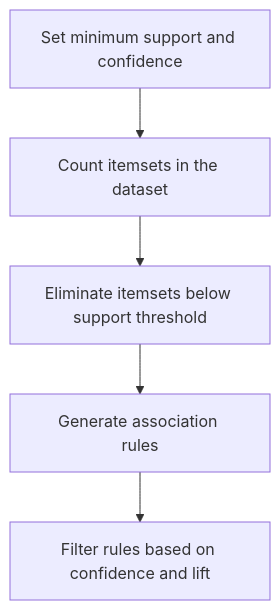
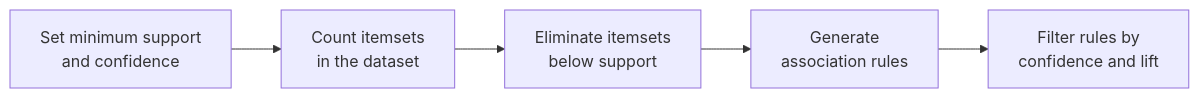
One commit to SureshAmal/learnmaker changed diagram 14 of 17 in ml-course/unit-2.md. Above: the diagram before and after it, drawn with Mermaid. The commit also changed other lines of this file and 668 other files, not shown here.

````diff
--- a/ml-course/unit-2.md
+++ b/ml-course/unit-2.md
@@ -313,7 +1084,7 @@
 ```mermaid
-flowchart TD
-    A["Set minimum support and confidence"] --> B["Count itemsets in the dataset"]
-    B --> C["Eliminate itemsets below support threshold"]
-    C --> D["Generate association rules"]
-    D --> E["Filter rules based on confidence and lift"]
+flowchart LR
+    A["Set minimum support<br/>and confidence"] --> B["Count itemsets<br/>in the dataset"]
+    B --> C["Eliminate itemsets<br/>below support"]
+    C --> D["Generate<br/>association rules"]
+    D --> E["Filter rules by<br/>confidence and lift"]
 ```
````
